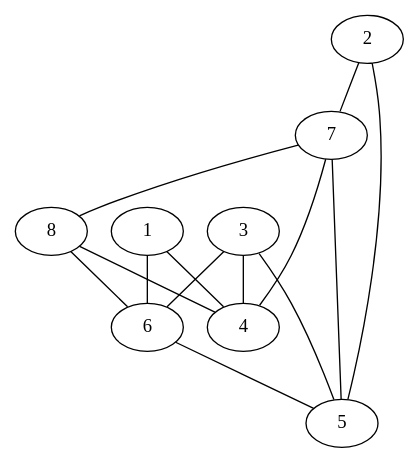
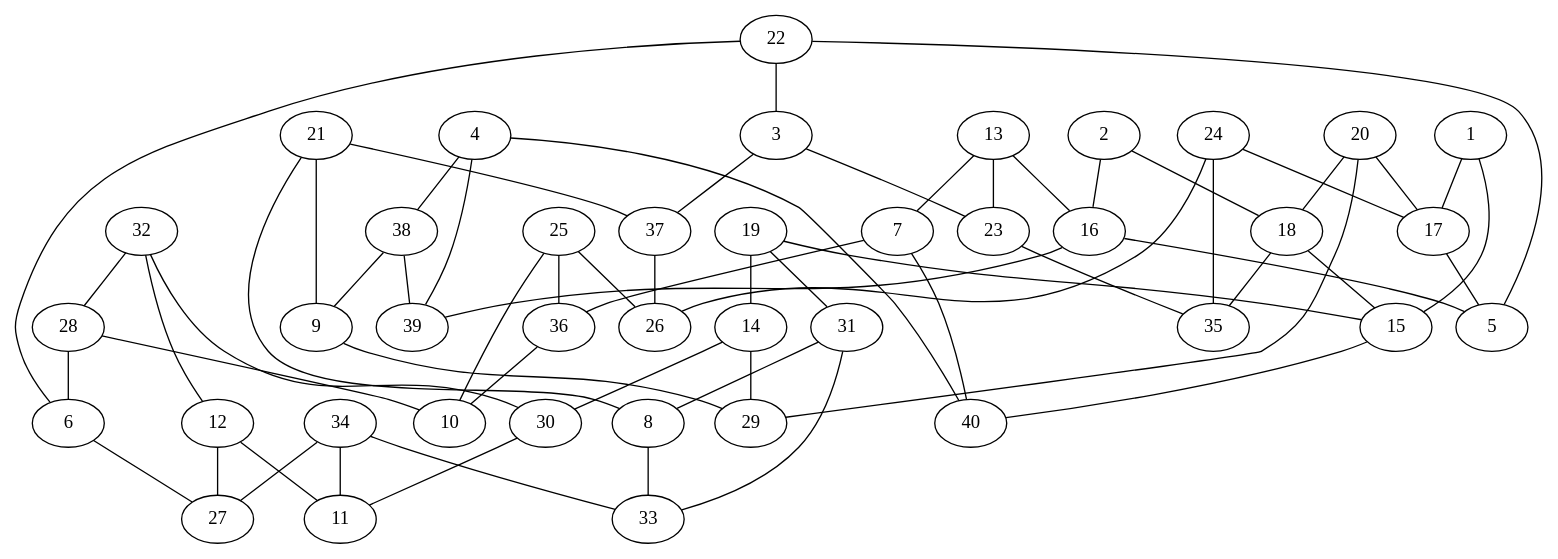
Before and after one commit to felixble/htw-ava-ws16-rumor: the diagram in config/graphElection.dot, drawn with Graphviz. The commit also changed 7 other files, not shown here.

```diff
--- a/config/graphElection.dot
+++ b/config/graphElection.dot
@@ -1,15 +1,63 @@
 graph G {
-3 -- 4;
-3 -- 5;
-3 -- 6;
-7 -- 8;
-7 -- 4;
-7 -- 5;
-8 -- 6;
-8 -- 4;
-6 -- 5;
-1 -- 4;
-2 -- 5;
-1 -- 6;
-2 -- 7;
+22 -- 3;
+22 -- 5;
+22 -- 6;
+4 -- 40;
+4 -- 39;
+4 -- 38;
+21 -- 37;
+21 -- 8;
+21 -- 9;
+25 -- 26;
+25 -- 36;
+25 -- 10;
+34 -- 27;
+34 -- 33;
+34 -- 11;
+32 -- 28;
+32 -- 30;
+32 -- 12;
+19 -- 31;
+19 -- 14;
+19 -- 15;
+20 -- 29;
+20 -- 17;
+20 -- 18;
+13 -- 16;
+13 -- 7;
+13 -- 23;
+24 -- 35;
+24 -- 17;
+24 -- 26;
+28 -- 10;
+28 -- 6;
+3 -- 37;
+3 -- 23;
+31 -- 33;
+31 -- 8;
+38 -- 9;
+38 -- 39;
+14 -- 29;
+14 -- 30;
+18 -- 35;
+18 -- 15;
+12 -- 27;
+12 -- 11;
+7 -- 40;
+7 -- 36;
+16 -- 5;
+16 -- 39;
+37 -- 26;
+17 -- 5;
+15 -- 40;
+6 -- 27;
+23 -- 35;
+30 -- 11;
+36 -- 10;
+8 -- 33;
+9 -- 29;
+1 -- 15;
+2 -- 16;
+1 -- 17;
+2 -- 18;
 }
```
